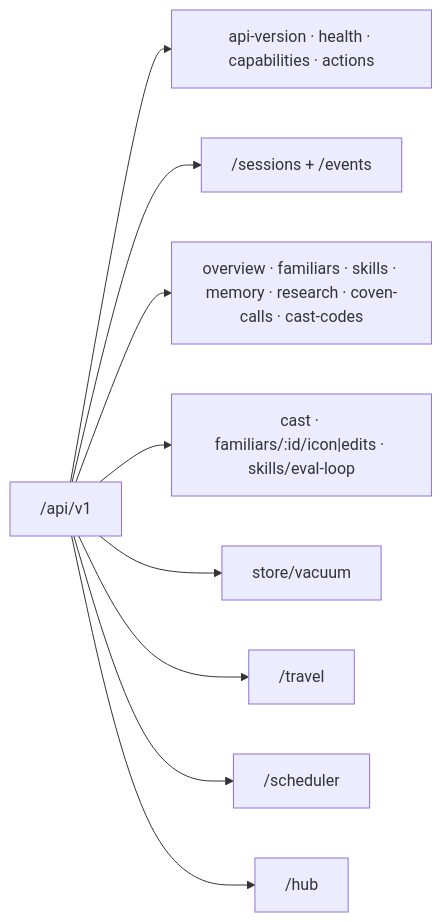
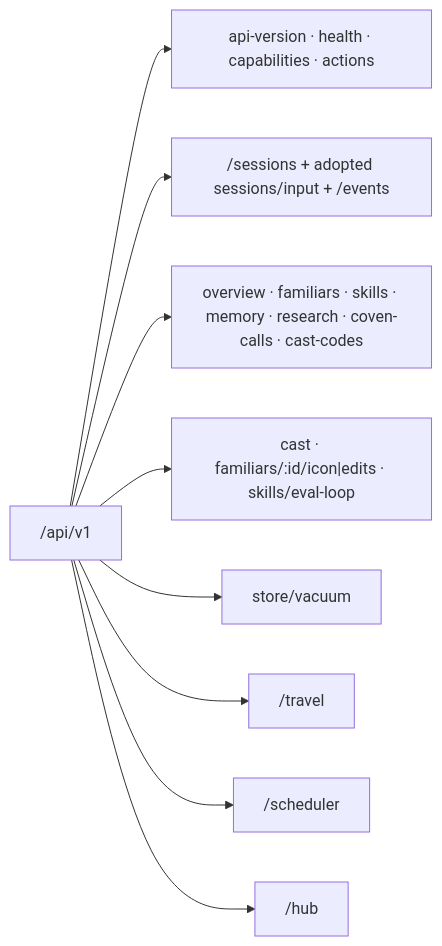
The diagram in docs/reference/api.md (OpenCoven/coven), drawn with Mermaid before and after one commit. The commit also changed other lines of this file and 45 other files, not shown here.

````diff
--- a/docs/reference/api.md
+++ b/docs/reference/api.md
@@ -19,11 +19,11 @@
 ```mermaid
 flowchart LR
   Root["/api/v1"] --> Contract["api-version · health · capabilities · actions"]
-  Root --> Sessions["/sessions + /events"]
+  Root --> Sessions["/sessions + adopted sessions/input + /events"]
   Root --> Reads["overview · familiars · skills · memory · research · coven-calls · cast-codes"]
   Root --> Writes["cast · familiars/:id/icon|edits · skills/eval-loop"]
   Root --> Store["store/vacuum"]
   Root --> Travel["/travel"]
   Root --> Scheduler["/scheduler"]
   Root --> Hub["/hub"]
 ```
````
